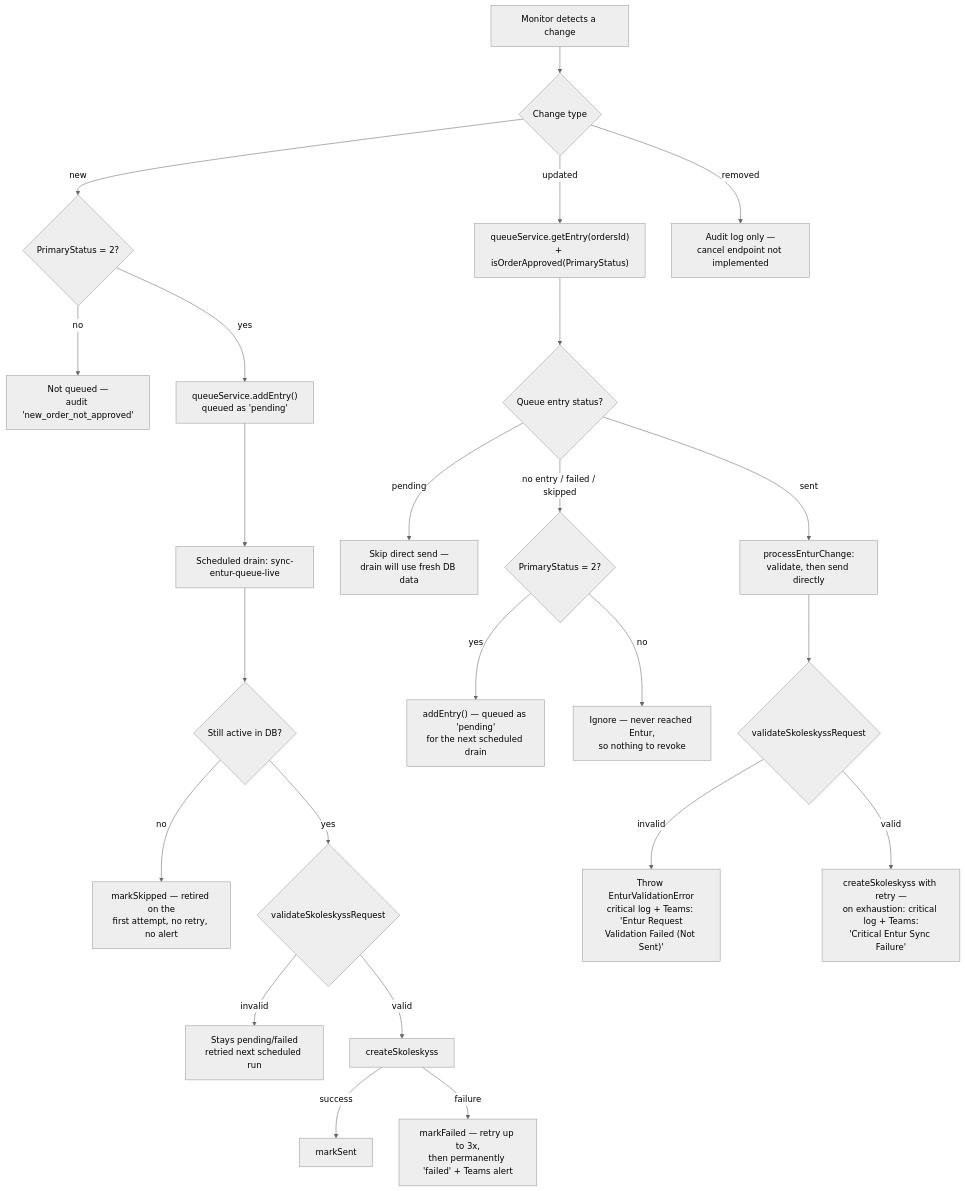
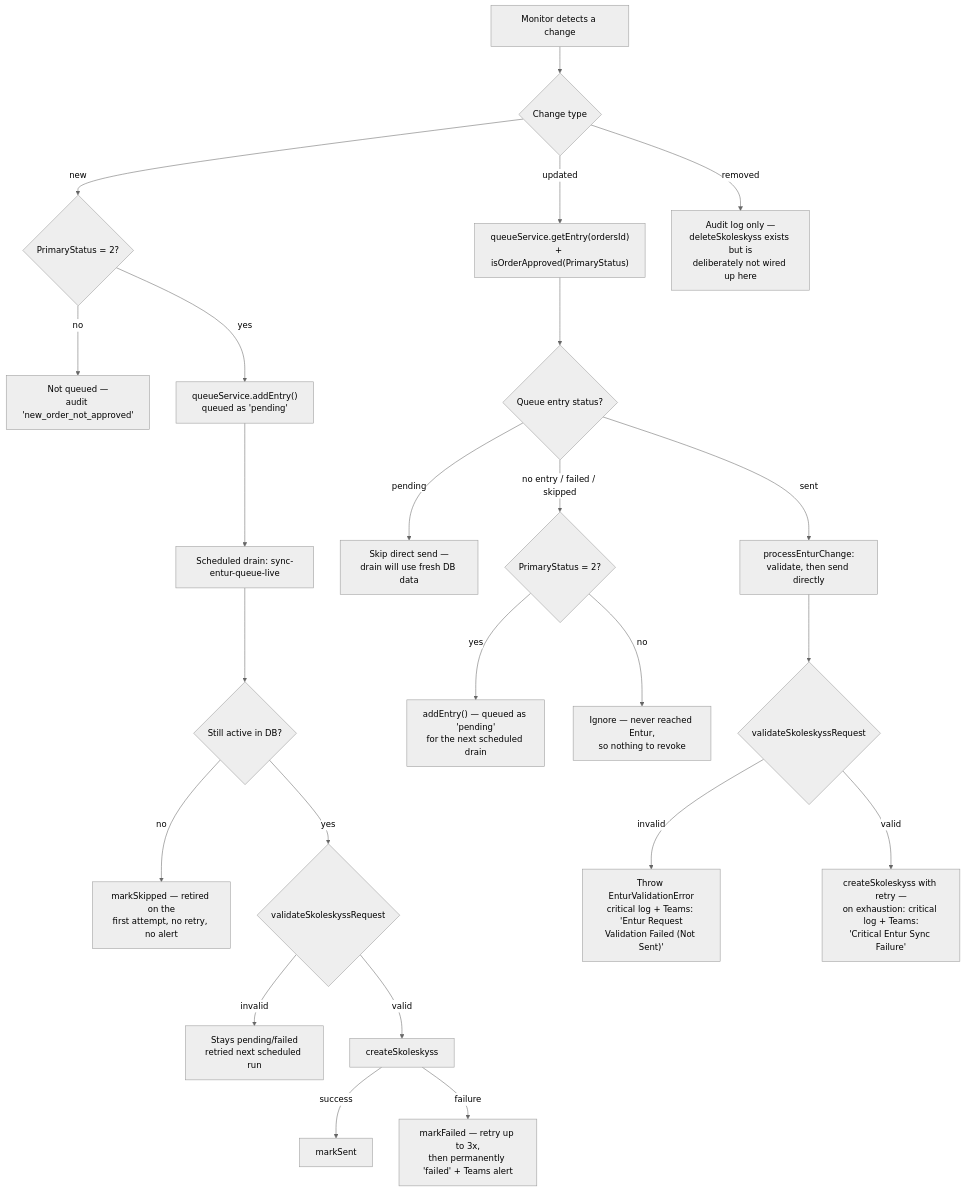
The diagram in docs/ENTUR_INTEGRATION.md (telemarkfylke/digitalt-skoleskyss-entur), drawn with Mermaid (neutral theme) before and after one commit. The commit also changed other lines of this file and 6 other files, not shown here.

Commit message:
feat: implement deleteSkoleskyss endpoint and validation logic for travel rights

````diff
--- a/docs/ENTUR_INTEGRATION.md
+++ b/docs/ENTUR_INTEGRATION.md
@@ -186,29 +242,29 @@
 ```mermaid
 flowchart TD
     A[Monitor detects a change] --> B{Change type}
 
     B -->|new| N0{PrimaryStatus = 2?}
     N0 -->|no| N0a["Not queued —<br/>audit 'new_order_not_approved'"]
     N0 -->|yes| N1["queueService.addEntry()<br/>queued as 'pending'"]
     N1 --> N2[Scheduled drain: sync-entur-queue-live]
     N2 --> N2a{Still active in DB?}
     N2a -->|no| N2b["markSkipped — retired on the<br/>first attempt, no retry, no alert"]
     N2a -->|yes| N3{validateSkoleskyssRequest}
     N3 -->|invalid| N4[Stays pending/failed<br/>retried next scheduled run]
     N3 -->|valid| N5[createSkoleskyss]
     N5 -->|success| N6[markSent]
     N5 -->|failure| N7["markFailed — retry up to 3x,<br/>then permanently 'failed' + Teams alert"]
 
     B -->|updated| U1["queueService.getEntry(ordersId)<br/>+ isOrderApproved(PrimaryStatus)"]
     U1 --> U2{Queue entry status?}
     U2 -->|pending| U3[Skip direct send —<br/>drain will use fresh DB data]
     U2 -->|"no entry / failed / skipped"| U4{PrimaryStatus = 2?}
     U4 -->|yes| U4a["addEntry() — queued as 'pending'<br/>for the next scheduled drain"]
     U4 -->|no| U4b["Ignore — never reached Entur,<br/>so nothing to revoke"]
     U2 -->|sent| U5[processEnturChange:<br/>validate, then send directly]
     U5 --> U6{validateSkoleskyssRequest}
     U6 -->|invalid| U7["Throw EnturValidationError<br/>critical log + Teams: 'Entur Request<br/>Validation Failed (Not Sent)'"]
     U6 -->|valid| U8["createSkoleskyss with retry —<br/>on exhaustion: critical log + Teams:<br/>'Critical Entur Sync Failure'"]
 
-    B -->|removed| R1[Audit log only —<br/>cancel endpoint not implemented]
+    B -->|removed| R1[Audit log only —<br/>deleteSkoleskyss exists but is<br/>deliberately not wired up here]
 ```
````
